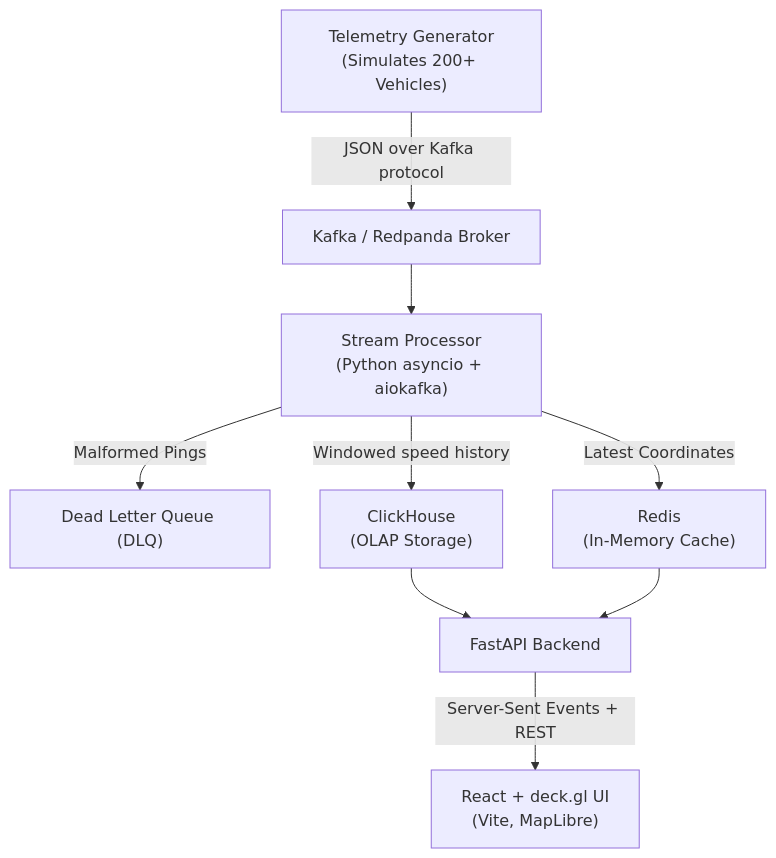
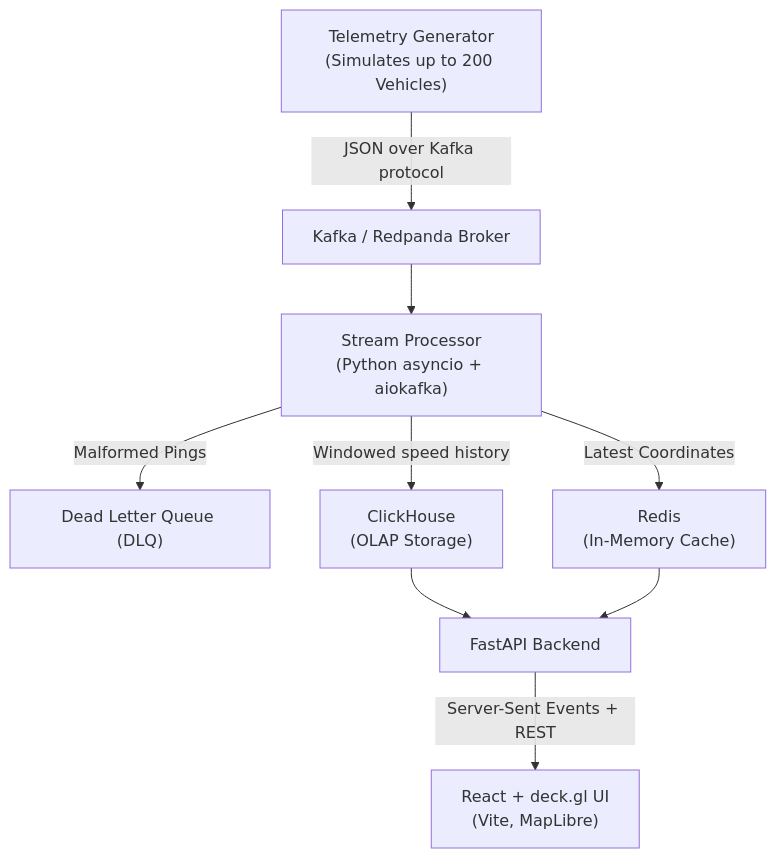
One commit to Aarush-Kinhikar-0209/geospatial-telemetry-pipeline changed the diagram in README.md. Above: the diagram before and after it, drawn with Mermaid. The commit also changed other lines of this file and 25 other files, not shown here.

````diff
--- a/README.md
+++ b/README.md
@@ -24,15 +24,15 @@
 ```mermaid
 graph TD
-    A["Telemetry Generator<br/>(Simulates 200+ Vehicles)"] -->|JSON over Kafka protocol| B["Kafka / Redpanda Broker"]
+    A["Telemetry Generator<br/>(Simulates up to 200 Vehicles)"] -->|JSON over Kafka protocol| B["Kafka / Redpanda Broker"]
     
     B --> C["Stream Processor<br/>(Python asyncio + aiokafka)"]
     
     C -->|Malformed Pings| D["Dead Letter Queue (DLQ)"]
     C -->|Windowed speed history| E["ClickHouse<br/>(OLAP Storage)"]
     C -->|Latest Coordinates| F["Redis<br/>(In-Memory Cache)"]
     
     E --> G["FastAPI Backend"]
     F --> G
     
     G -->|Server-Sent Events + REST| H["React + deck.gl UI<br/>(Vite, MapLibre)"]
 ```
````
